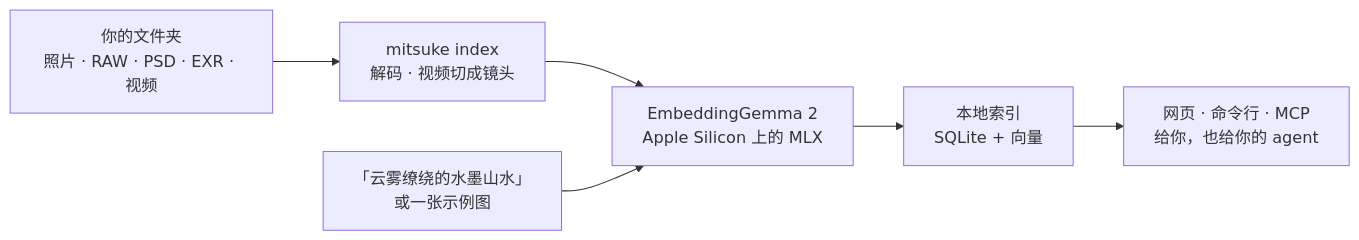
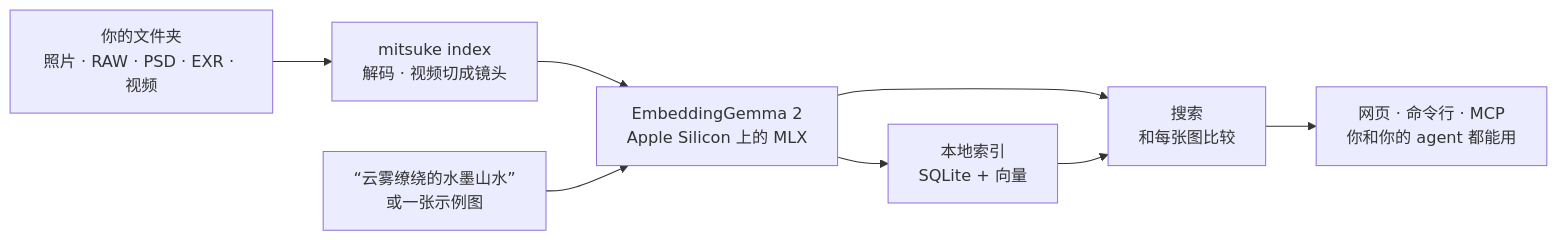
The diagram in README.zh-CN.md (kanaworksai-hue/mitsuke), drawn with Mermaid before and after one commit. The commit also changed other lines of this file and 5 other files, not shown here.

````diff
--- a/README.zh-CN.md
+++ b/README.zh-CN.md
@@ -48,8 +48,10 @@
 ```mermaid
 flowchart LR
     F["你的文件夹<br/>照片 · RAW · PSD · EXR · 视频"] --> I["mitsuke index<br/>解码 · 视频切成镜头"]
     I --> M["EmbeddingGemma 2<br/>Apple Silicon 上的 MLX"]
     M --> D["本地索引<br/>SQLite + 向量"]
-    Q["「云雾缭绕的水墨山水」<br/>或一张示例图"] --> M
-    D --> R["网页 · 命令行 · MCP<br/>给你，也给你的 agent"]
+    Q["“云雾缭绕的水墨山水”<br/>或一张示例图"] --> M
+    M --> S["搜索<br/>和每张图比较"]
+    D --> S
+    S --> R["网页 · 命令行 · MCP<br/>你和你的 agent 都能用"]
 ```
````
